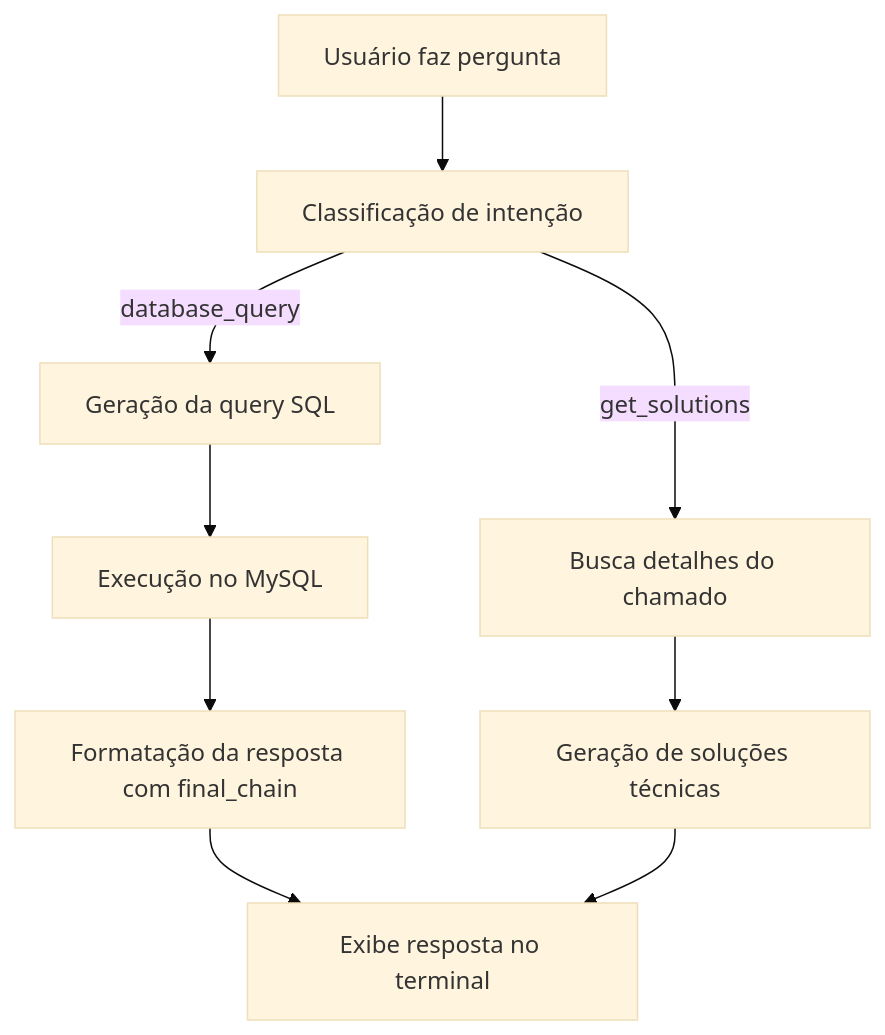
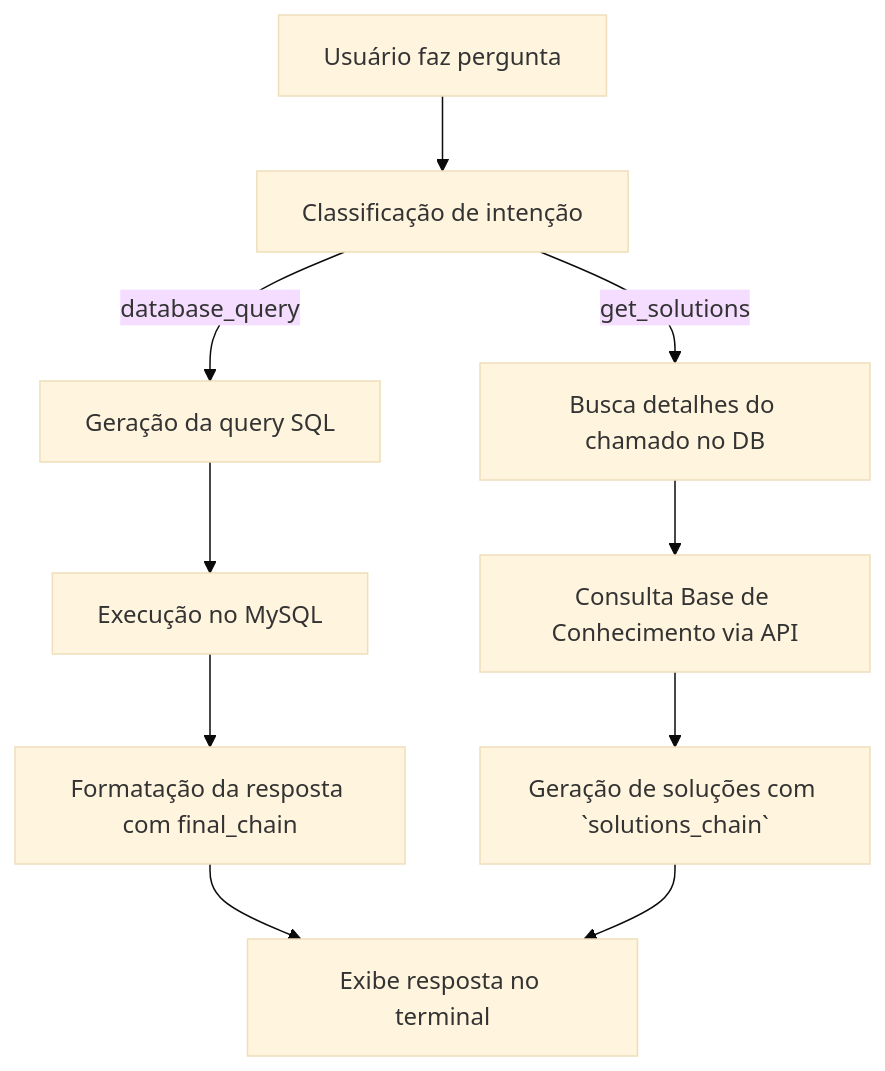
The diagram in README.md (briellll/glpi_sql_ai), drawn with Mermaid (base theme) before and after one commit. The commit also changed other lines of this file, not shown here.

````diff
--- a/README.md
+++ b/README.md
@@ -170,10 +185,13 @@
 ```mermaid
 flowchart TD
     A[Usuário faz pergunta] --> B[Classificação de intenção]
     B -->|database_query| C[Geração da query SQL]
     C --> D[Execução no MySQL]
     D --> E[Formatação da resposta com final_chain]
-    B -->|get_solutions| F[Busca detalhes do chamado]
-    F --> G[Geração de soluções técnicas]
-    E & G --> H[Exibe resposta no terminal]
+
+    B -->|get_solutions| F[Busca detalhes do chamado no DB]
+    F --> G[Consulta Base de Conhecimento via API]
+    G --> H[Geração de soluções com `solutions_chain`]
+
+    E & H --> I[Exibe resposta no terminal]
 ```
````
